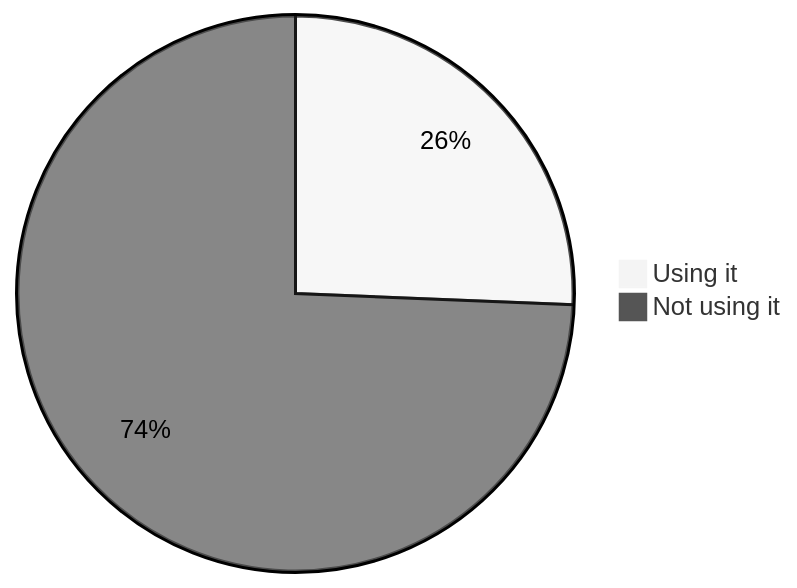
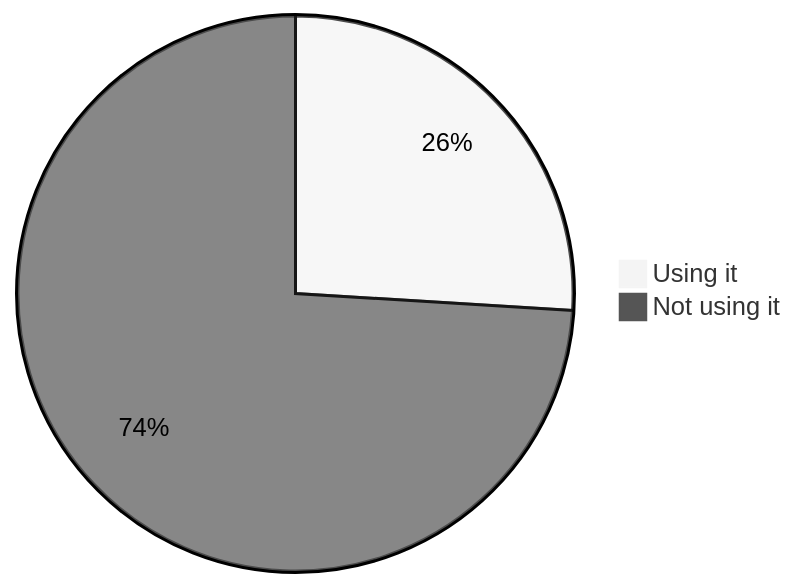
One commit to oshp/oshp-stats changed diagram 14 of 22 in stats.md. Above: the diagram before and after it, drawn with Mermaid (neutral theme). The commit also changed other lines of this file, not shown here.

````diff
--- a/stats.md
+++ b/stats.md
@@ -166,6 +166,6 @@
 ```mermaid
 pie
-	"Using it" : 25.64
-	"Not using it" : 74.36
+	"Using it" : 25.97
+	"Not using it" : 74.03
 
 ```
````
